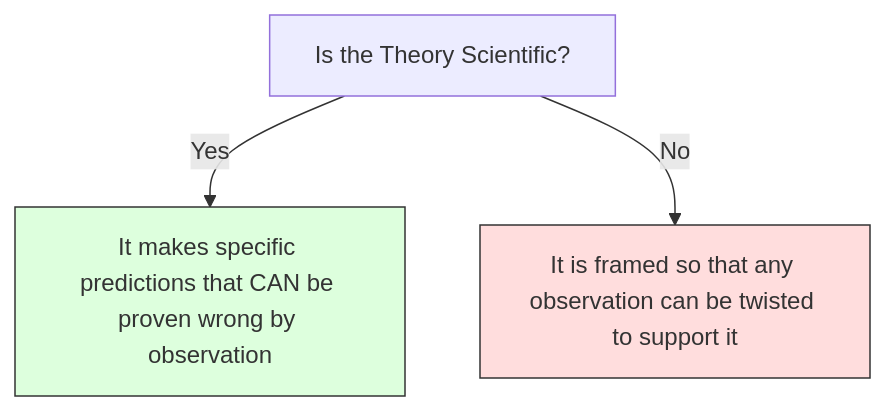
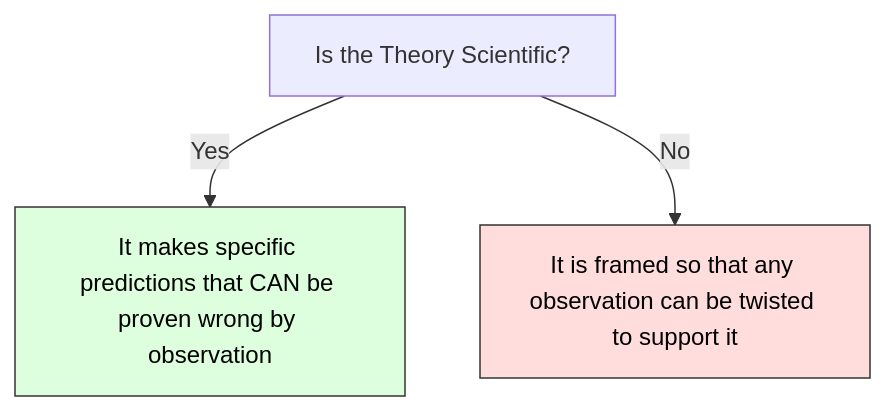
Before and after one commit to AtlasRoX/everything101: the diagram in humanities-finance-society/Philosophy/PhilosophyOfScience101.md, drawn with Mermaid. The commit also changed 27 other files, not shown here.

````diff
--- a/humanities-finance-society/Philosophy/PhilosophyOfScience101.md
+++ b/humanities-finance-society/Philosophy/PhilosophyOfScience101.md
@@ -55,8 +55,8 @@
 ```mermaid
 graph TD
     Theory[Is the Theory Scientific?] -->|Yes| Falsifiable[It makes specific predictions that CAN be proven wrong by observation]
     Theory -->|No| NonFalsifiable[It is framed so that any observation can be twisted to support it]
     
-    style Falsifiable fill:#dfd,stroke:#333
-    style NonFalsifiable fill:#fdd,stroke:#333
+    style Falsifiable fill:#dfd,stroke:#333,color:#000
+    style NonFalsifiable fill:#fdd,stroke:#333,color:#000
 ```
````
